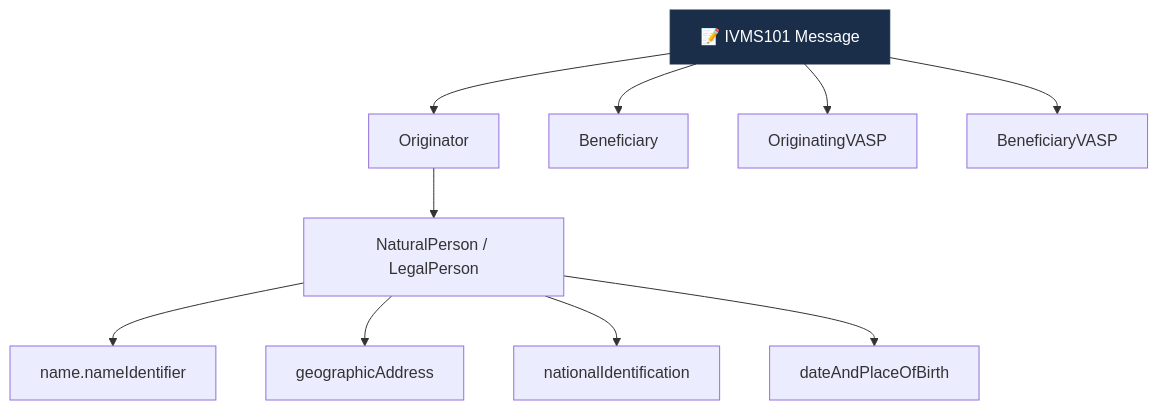
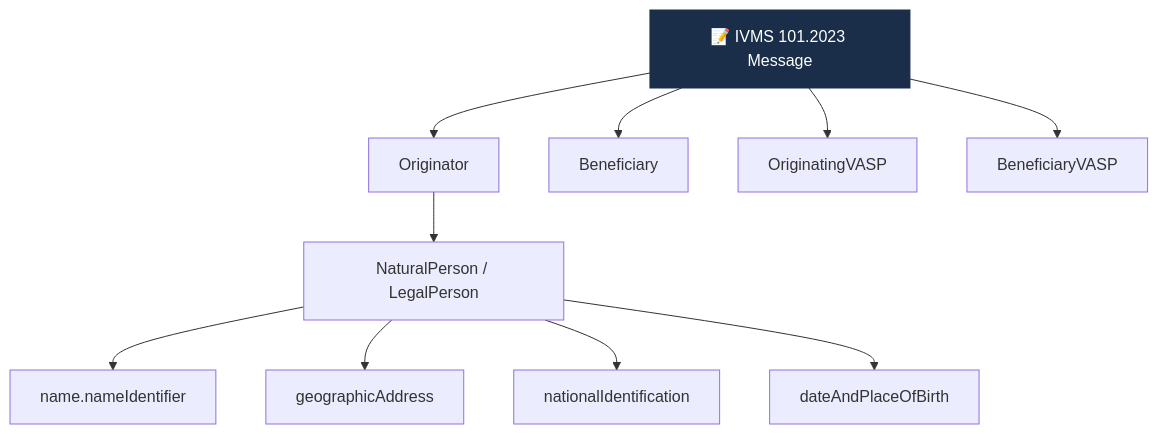
One commit to lala-david/aml-notes changed the first of 2 diagrams in curriculum/day_23.md. Above: the diagram before and after it, drawn with Mermaid. The commit also changed other lines of this file and 233 other files, not shown here.

````diff
--- a/curriculum/day_23.md
+++ b/curriculum/day_23.md
@@ -13,13 +13,13 @@
 ```mermaid
 flowchart TB
-    I["📝 IVMS101 Message"] --> O["Originator"]
+    I["📝 IVMS 101.2023 Message"] --> O["Originator"]
     I --> B["Beneficiary"]
     I --> OV["OriginatingVASP"]
     I --> BV["BeneficiaryVASP"]
     O --> NP["NaturalPerson / LegalPerson"]
     NP --> N["name.nameIdentifier"]
     NP --> G["geographicAddress"]
     NP --> NID["nationalIdentification"]
     NP --> DOB["dateAndPlaceOfBirth"]
     style I fill:#1a2e4a,color:#fff,stroke:#1a2e4a
 ```
````
